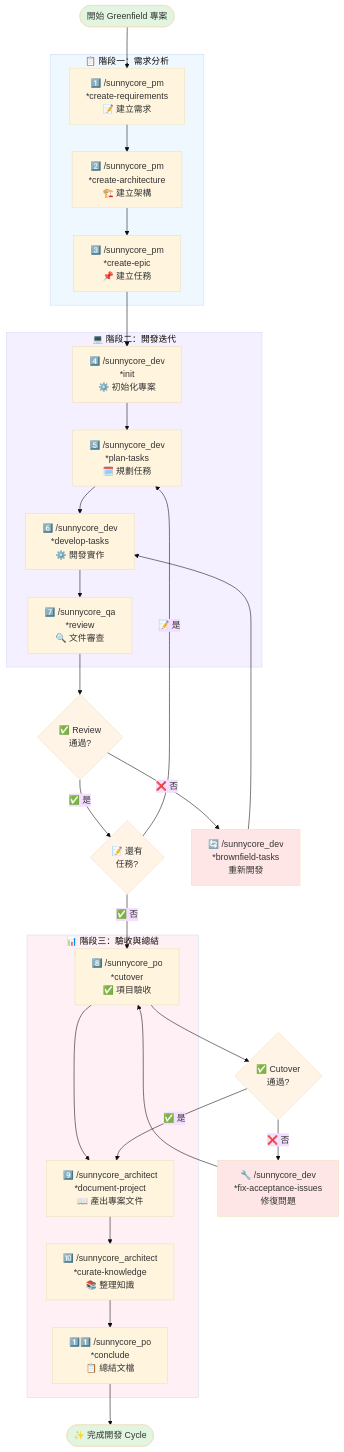
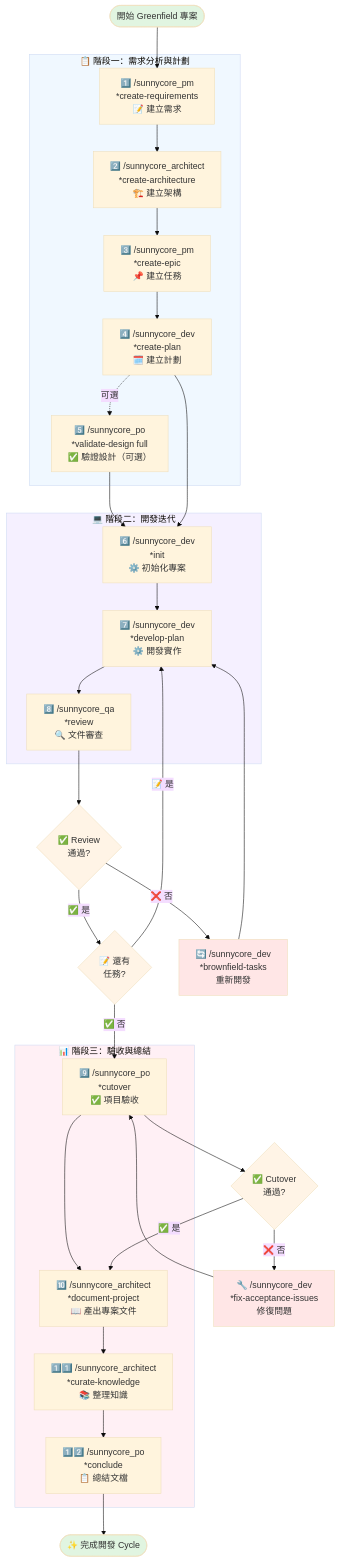
Before and after one commit to Yamiyorunoshura/sunnycore: the second of 3 diagrams in claude code/README.md, drawn with Mermaid (base theme). The commit also changed other lines of this file and 28 other files, not shown here.

````diff
--- a/claude code/README.md
+++ b/claude code/README.md
@@ -222,60 +224,63 @@
 ```mermaid
 flowchart TD
     Start([開始 Greenfield 專案]) --> A1
     
-    subgraph Phase1 ["📋 階段一：需求分析"]
+    subgraph Phase1 ["📋 階段一：需求分析與計劃"]
         A1["1️⃣ /sunnycore_pm<br/>*create-requirements<br/>📝 建立需求"]
-        A2["2️⃣ /sunnycore_pm<br/>*create-architecture<br/>🏗️ 建立架構"]
+        A2["2️⃣ /sunnycore_architect<br/>*create-architecture<br/>🏗️ 建立架構"]
         A3["3️⃣ /sunnycore_pm<br/>*create-epic<br/>📌 建立任務"]
-        A1 --> A2 --> A3
+        A4["4️⃣ /sunnycore_dev<br/>*create-plan<br/>🗓️ 建立計劃"]
+        A5["5️⃣ /sunnycore_po<br/>*validate-design full<br/>✅ 驗證設計（可選）"]
+        A1 --> A2 --> A3 --> A4
+        A4 -.->|"可選"| A5
     end
     
     subgraph Phase2 ["💻 階段二：開發迭代"]
-        B0["4️⃣ /sunnycore_dev<br/>*init<br/>⚙️ 初始化專案"]
-        B1["5️⃣ /sunnycore_dev<br/>*plan-tasks<br/>🗓️ 規劃任務"]
-        B2["6️⃣ /sunnycore_dev<br/>*develop-tasks<br/>⚙️ 開發實作"]
-        B3["7️⃣ /sunnycore_qa<br/>*review<br/>🔍 文件審查"]
-        B0 --> B1 --> B2 --> B3
+        B0["6️⃣ /sunnycore_dev<br/>*init<br/>⚙️ 初始化專案"]
+        B1["7️⃣ /sunnycore_dev<br/>*develop-plan<br/>⚙️ 開發實作"]
+        B2["8️⃣ /sunnycore_qa<br/>*review<br/>🔍 文件審查"]
+        B0 --> B1 --> B2
     end
     
     D1{"✅ Review<br/>通過?"}
     D2{"📝 還有<br/>任務?"}
     R1["🔄 /sunnycore_dev<br/>*brownfield-tasks<br/>重新開發"]
     
     subgraph Phase3 ["📊 階段三：驗收與總結"]
-        C0["8️⃣ /sunnycore_po<br/>*cutover<br/>✅ 項目驗收"]
-        C1["9️⃣ /sunnycore_architect<br/>*document-project<br/>📖 產出專案文件"]
-        C2["🔟 /sunnycore_architect<br/>*curate-knowledge<br/>📚 整理知識"]
-        C3["1️⃣1️⃣ /sunnycore_po<br/>*conclude<br/>📋 總結文檔"]
+        C0["9️⃣ /sunnycore_po<br/>*cutover<br/>✅ 項目驗收"]
+        C1["🔟 /sunnycore_architect<br/>*document-project<br/>📖 產出專案文件"]
+        C2["1️⃣1️⃣ /sunnycore_architect<br/>*curate-knowledge<br/>📚 整理知識"]
+        C3["1️⃣2️⃣ /sunnycore_po<br/>*conclude<br/>📋 總結文檔"]
         C0 --> C1 --> C2 --> C3
     end
     
     D3{"✅ Cutover<br/>通過?"}
     R2["🔧 /sunnycore_dev<br/>*fix-acceptance-issues<br/>修復問題"]
     
     Done([✨ 完成開發 Cycle])
     
-    A3 --> B0
-    B3 --> D1
+    A5 --> B0
+    A4 --> B0
+    B2 --> D1
     D1 -->|"❌ 否"| R1
-    R1 --> B2
+    R1 --> B1
     D1 -->|"✅ 是"| D2
     D2 -->|"📝 是"| B1
     D2 -->|"✅ 否"| C0
     C0 --> D3
     D3 -->|"❌ 否"| R2
     R2 --> C0
     D3 -->|"✅ 是"| C1
     C3 --> Done
     
     style Start fill:#e1f5e1
     style Done fill:#e1f5e1
     style D1 fill:#fff4e6
     style D2 fill:#fff4e6
     style D3 fill:#fff4e6
     style R1 fill:#ffe6e6
     style R2 fill:#ffe6e6
     style Phase1 fill:#f0f8ff
     style Phase2 fill:#f5f0ff
     style Phase3 fill:#fff0f5
 ```
````
